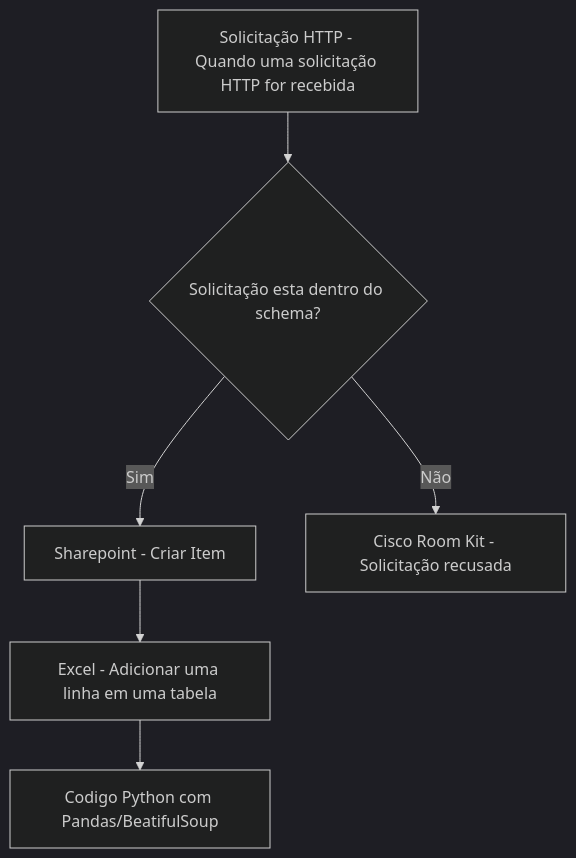
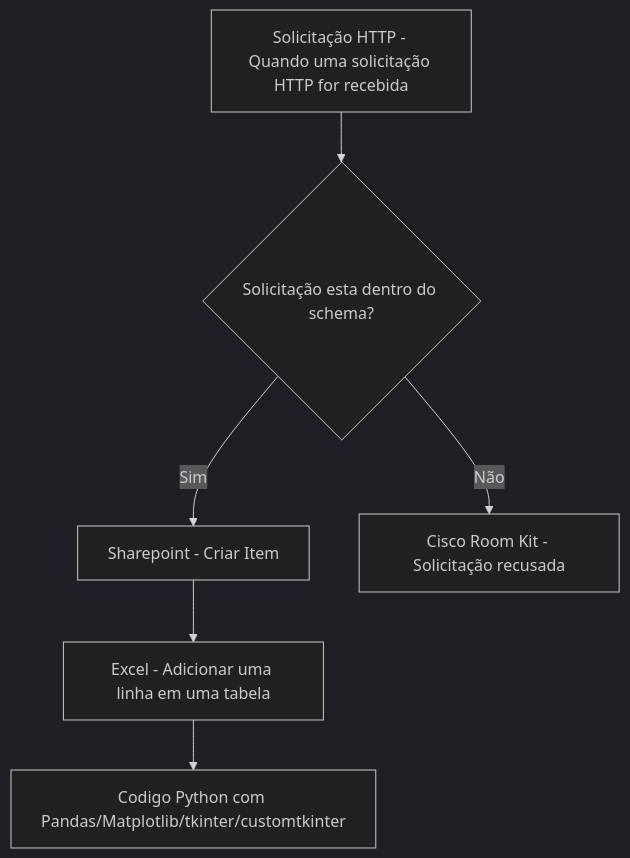
The first of 2 diagrams in README.md (ChrisFsilva/Alerta_roomkit_Cisco), drawn with Mermaid (dark theme) before and after one commit.

````diff
--- a/README.md
+++ b/README.md
@@ -29,8 +29,8 @@
 ```mermaid
 graph TD
 A[Solicitação HTTP - Quando uma solicitação HTTP for recebida ] --> B{Solicitação esta dentro do schema?}
 B --> |Sim| C[Sharepoint - Criar Item]
 B --> |Não| D[Cisco Room Kit - Solicitação recusada]
 C --> E[Excel - Adicionar uma linha em uma tabela]
-E --> F[Codigo Python com Pandas/BeatifulSoup]
+E --> F[Codigo Python com Pandas/Matplotlib/tkinter/customtkinter]
 ```
````
